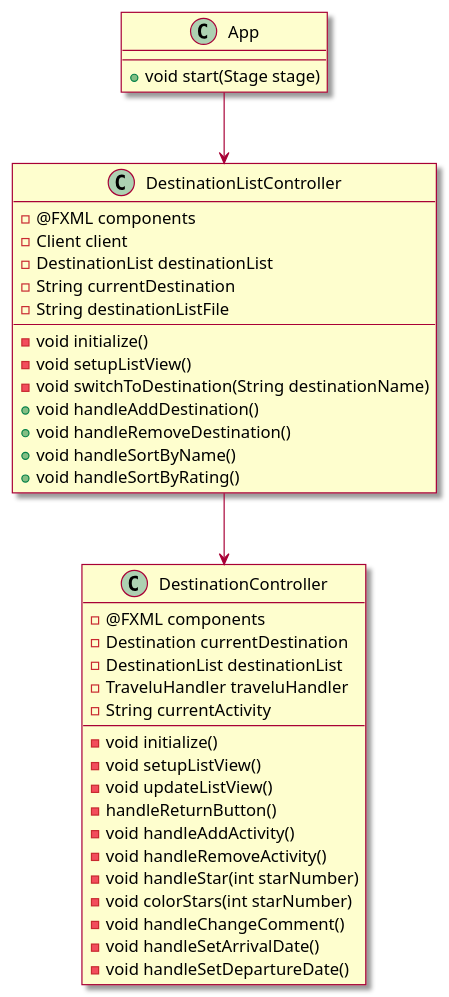
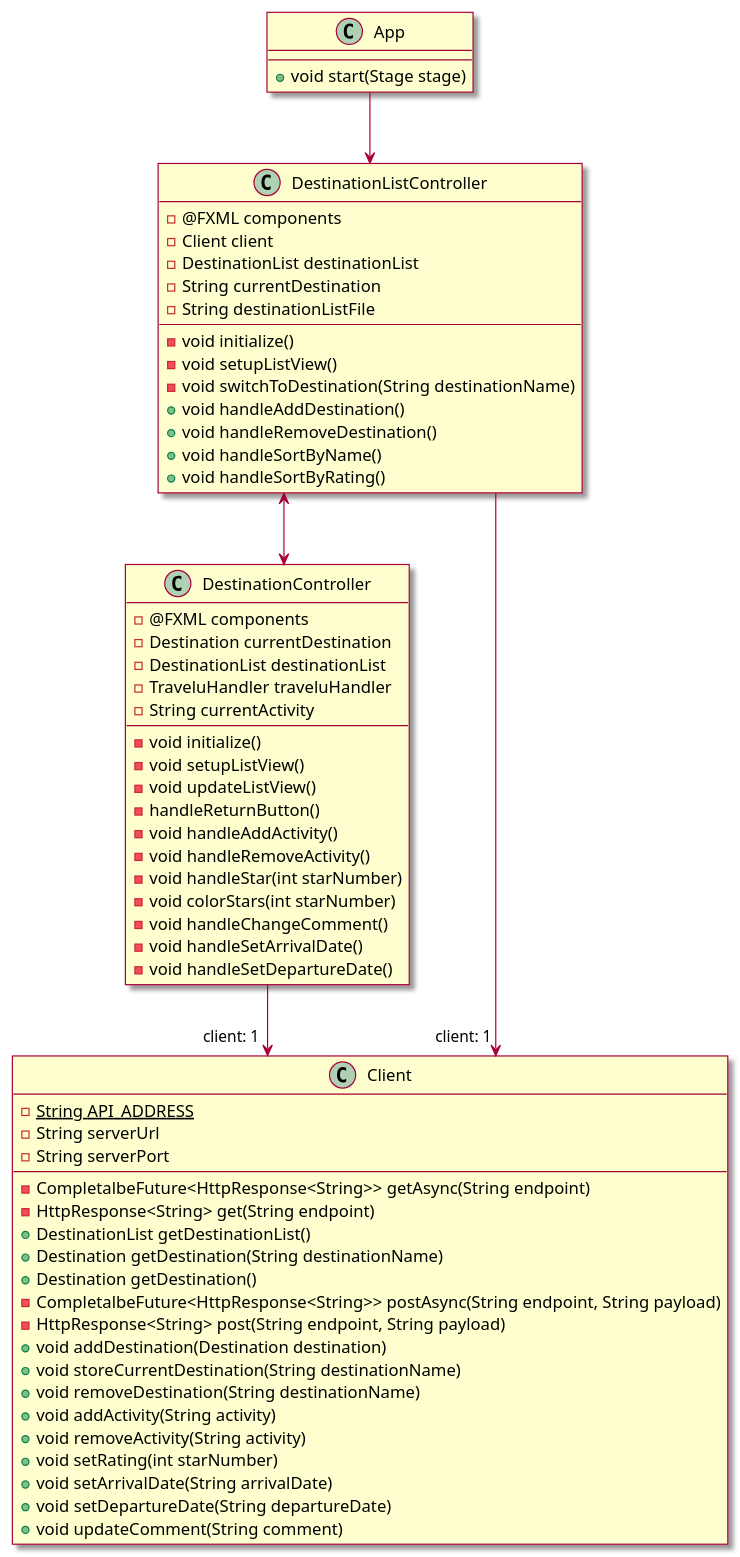
One commit to tbwiik/Travelu changed the diagram in docs/classDiagramFxui.puml. Above: the diagram before and after it, drawn with PlantUML. The commit also changed 3 other files, not shown here.

```diff
--- a/docs/classDiagramFxui.puml
+++ b/docs/classDiagramFxui.puml
@@ -1,49 +1,71 @@
 @startuml cdFxui
 skin rose
+skinparam linetype ortho
 
 class App {
     + void start(Stage stage)
 }
 
 class DestinationController {
     - @FXML components
     - Destination currentDestination
     - DestinationList destinationList
     - TraveluHandler traveluHandler
     - String currentActivity
 
     - void initialize()
     - void setupListView()
     - void updateListView()
     - handleReturnButton()
     - void handleAddActivity()
     - void handleRemoveActivity()
     - void handleStar(int starNumber)
     - void colorStars(int starNumber)
     - void handleChangeComment()
     - void handleSetArrivalDate()
     - void handleSetDepartureDate()
 } 
 
 class DestinationListController {
     - @FXML components
     - Client client
     - DestinationList destinationList
     - String currentDestination
     - String destinationListFile
     
     - void initialize()
     - void setupListView()
     - void switchToDestination(String destinationName)
     + void handleAddDestination()
     + void handleRemoveDestination()
     + void handleSortByName()
     + void handleSortByRating()
 }
 
-
+class Client {
+    - {static} String API_ADDRESS
+    - String serverUrl
+    - String serverPort
+    - CompletalbeFuture<HttpResponse<String>> getAsync(String endpoint)
+    - HttpResponse<String> get(String endpoint)
+    + DestinationList getDestinationList()
+    + Destination getDestination(String destinationName)
+    + Destination getDestination()
+    - CompletalbeFuture<HttpResponse<String>> postAsync(String endpoint, String payload)
+    - HttpResponse<String> post(String endpoint, String payload)
+    + void addDestination(Destination destination)
+    + void storeCurrentDestination(String destinationName)
+    + void removeDestination(String destinationName)
+    + void addActivity(String activity)
+    + void removeActivity(String activity)
+    + void setRating(int starNumber)
+    + void setArrivalDate(String arrivalDate)
+    + void setDepartureDate(String departureDate)
+    + void updateComment(String comment)
+}
 
 App --> DestinationListController
-DestinationListController --> DestinationController
-
+DestinationListController <--> DestinationController
+DestinationListController --> "client: 1  " Client
+DestinationController --> "client: 1 " Client
 @enduml
```
